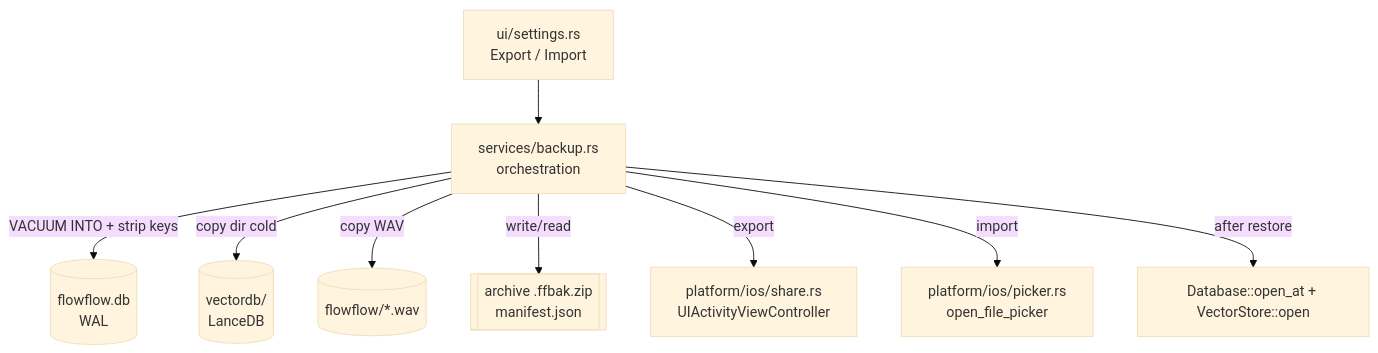
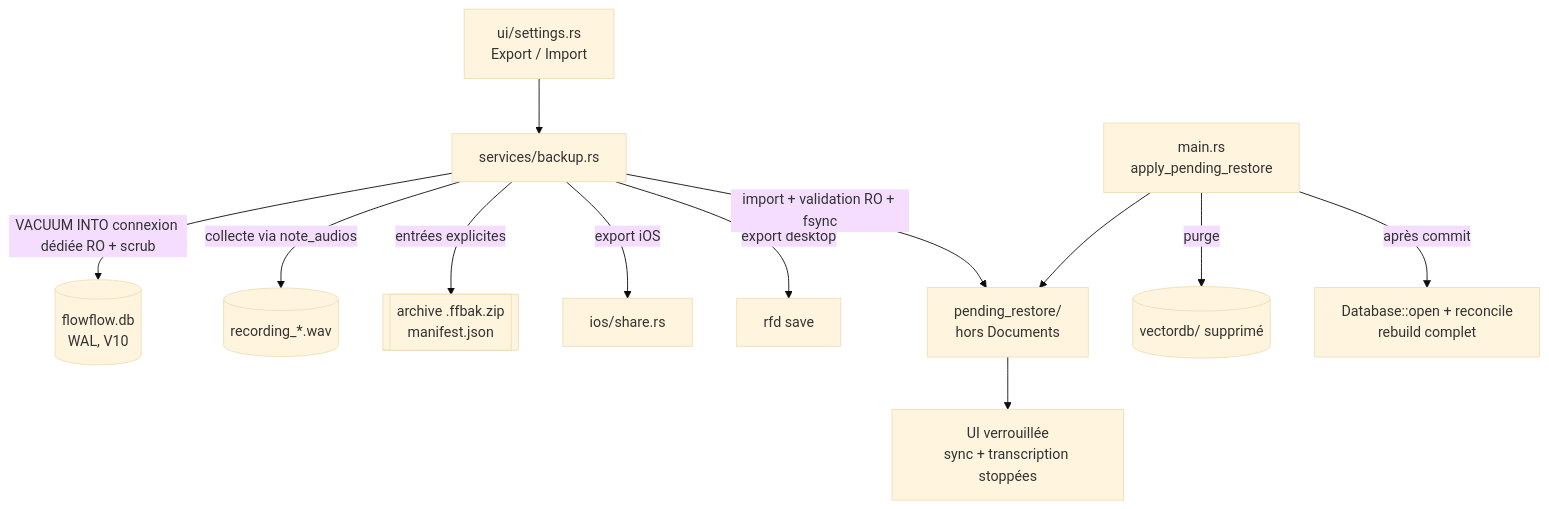
Before and after one commit to mirkobozzetto/flowflow: the first of 4 diagrams in docs/rfcs/0001-data-backup-export/RFC.md, drawn with Mermaid (base theme). The commit also changed other lines of this file and 30 other files, not shown here.

````diff
--- a/docs/rfcs/0001-data-backup-export/RFC.md
+++ b/docs/rfcs/0001-data-backup-export/RFC.md
@@ -153,11 +300,14 @@
 ```mermaid
 flowchart TD
-    UI[ui/settings.rs<br/>Export / Import] --> BK[services/backup.rs<br/>orchestration]
-    BK -->|VACUUM INTO + strip keys| DB[(flowflow.db<br/>WAL)]
-    BK -->|copy dir cold| VDB[(vectordb/<br/>LanceDB)]
-    BK -->|copy WAV| AUD[(flowflow/*.wav)]
-    BK -->|write/read| ZIP[[archive .ffbak.zip<br/>manifest.json]]
-    BK -->|export| SHARE[platform/ios/share.rs<br/>UIActivityViewController]
-    BK -->|import| PICK[platform/ios/picker.rs<br/>open_file_picker]
-    BK -->|after restore| REOPEN[Database::open_at + VectorStore::open]
+    UI[ui/settings.rs<br/>Export / Import] --> BK[services/backup.rs]
+    BK -->|VACUUM INTO connexion dédiée RO + scrub| DB[(flowflow.db<br/>WAL, V10)]
+    BK -->|collecte via note_audios| AUD[(recording_*.wav)]
+    BK -->|entrées explicites| ZIP[[archive .ffbak.zip<br/>manifest.json]]
+    BK -->|export iOS| SHARE[ios/share.rs]
+    BK -->|export desktop| RFD[rfd save]
+    BK -->|import + validation RO + fsync| PEND[pending_restore/<br/>hors Documents]
+    PEND --> LOCK[UI verrouillée<br/>sync + transcription stoppées]
+    MAIN[main.rs<br/>apply_pending_restore] --> PEND
+    MAIN -->|purge| VDB[(vectordb/ supprimé)]
+    MAIN -->|après commit| BOOT[Database::open + reconcile<br/>rebuild complet]
 ```
````
